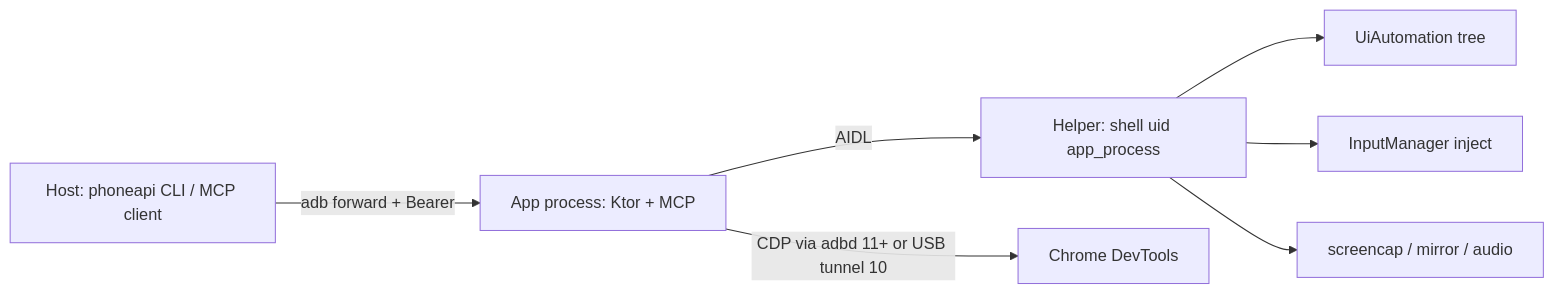
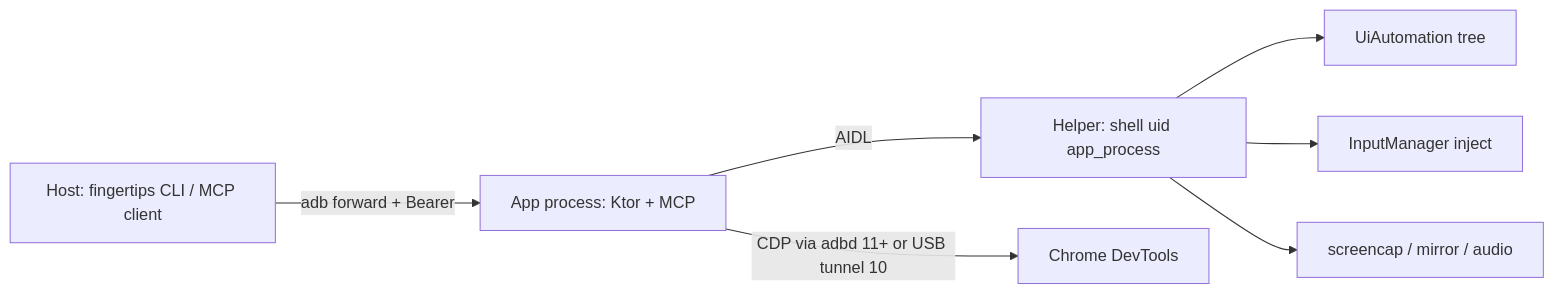
One commit to die-net/fingertipsmcp changed the diagram in docs/architecture.md. Above: the diagram before and after it, drawn with Mermaid. The commit also changed other lines of this file and 769 other files, not shown here.

First line of the commit message:
Rename PhoneAPI to FingertipsMCP, with the app id com.fingertipsmcp.

````diff
--- a/docs/architecture.md
+++ b/docs/architecture.md
@@ -11,10 +11,10 @@
 ```mermaid
 flowchart LR
-  Host["Host: phoneapi CLI / MCP client"]
+  Host["Host: fingertips CLI / MCP client"]
   Host -->|"adb forward + Bearer"| App["App process: Ktor + MCP"]
   App -->|AIDL| Helper["Helper: shell uid app_process"]
   Helper --> Tree["UiAutomation tree"]
   Helper --> Inject["InputManager inject"]
   Helper --> Cap["screencap / mirror / audio"]
   App -->|"CDP via adbd 11+ or USB tunnel 10"| Chrome["Chrome DevTools"]
 ```
````
